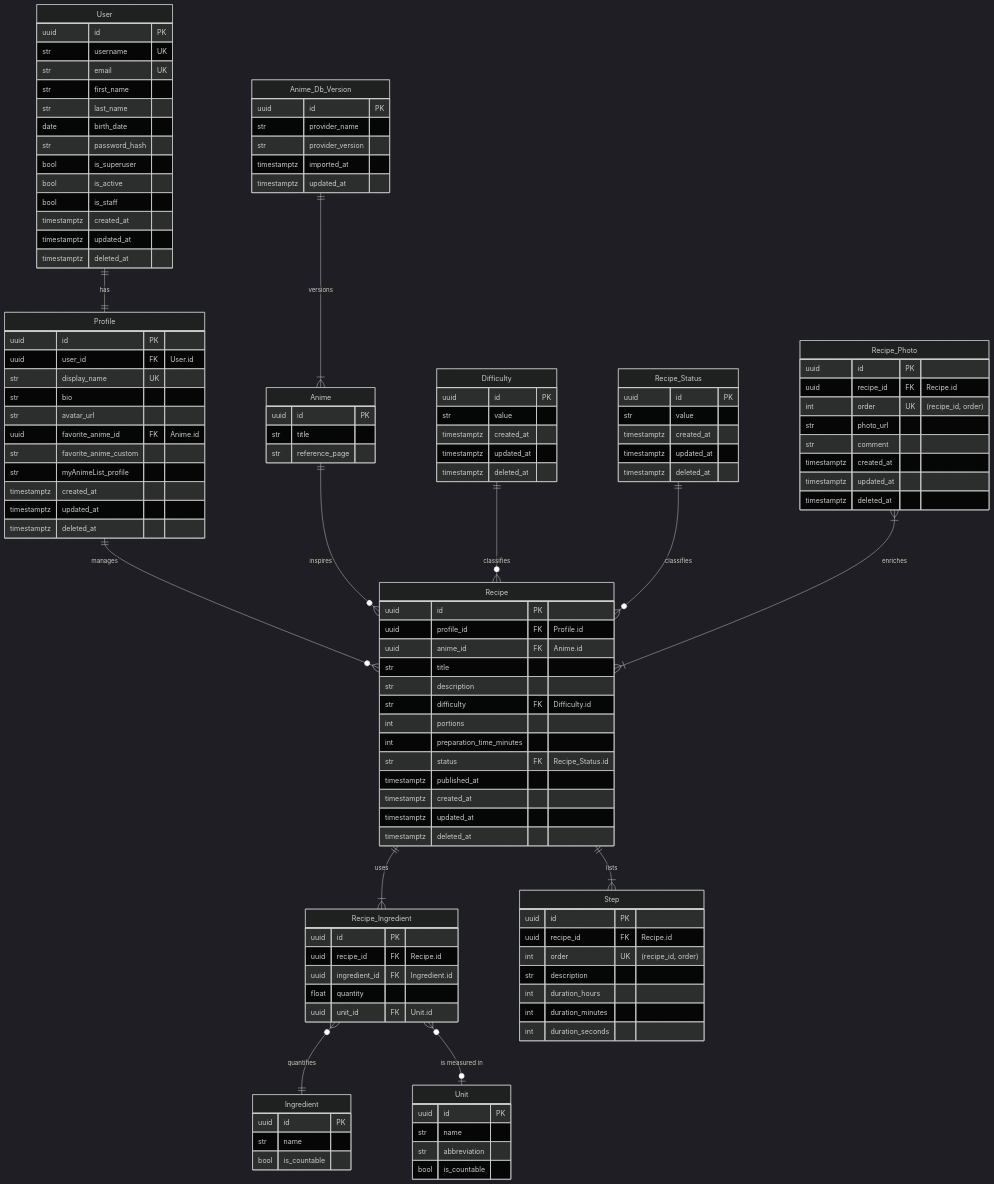
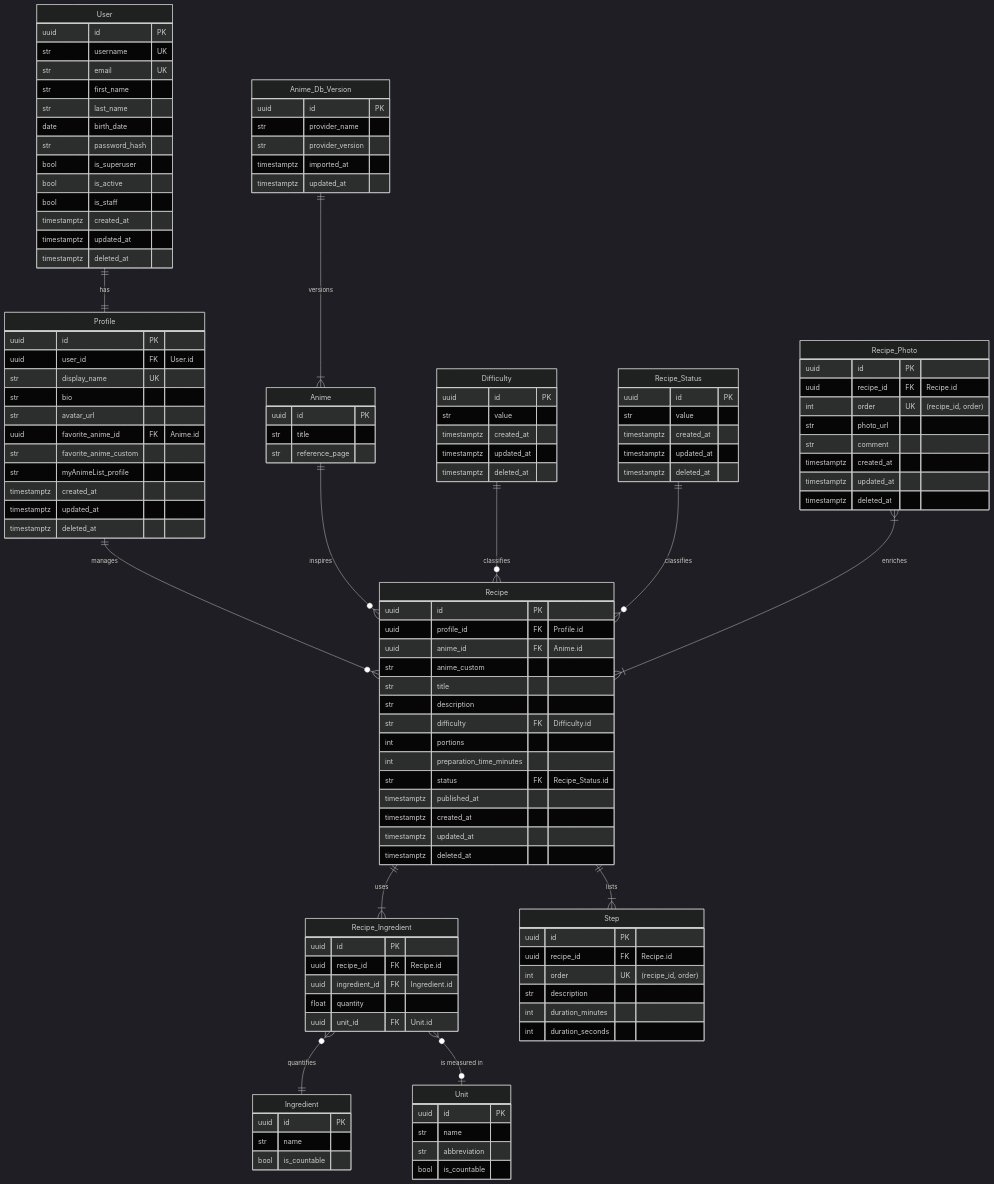
The second of 2 diagrams in project-reports/stage3_report.md (XavierLaforgue/holbertonschool-portfolio), drawn with Mermaid (dark theme) before and after one commit. The commit also changed other lines of this file, not shown here.

```diff
--- a/project-reports/stage3_report.md
+++ b/project-reports/stage3_report.md
@@ -207,6 +207,7 @@
         uuid id PK
         uuid profile_id FK "Profile.id"
         uuid anime_id FK "Anime.id"
+        str anime_custom
         str title
         str description
         str difficulty FK "Difficulty.id"
@@ -304,7 +305,6 @@
         uuid recipe_id FK "Recipe.id"
         int order UK "(recipe_id, order)"
         str description
-        int duration_hours
         int duration_minutes
         int duration_seconds
     }
```
